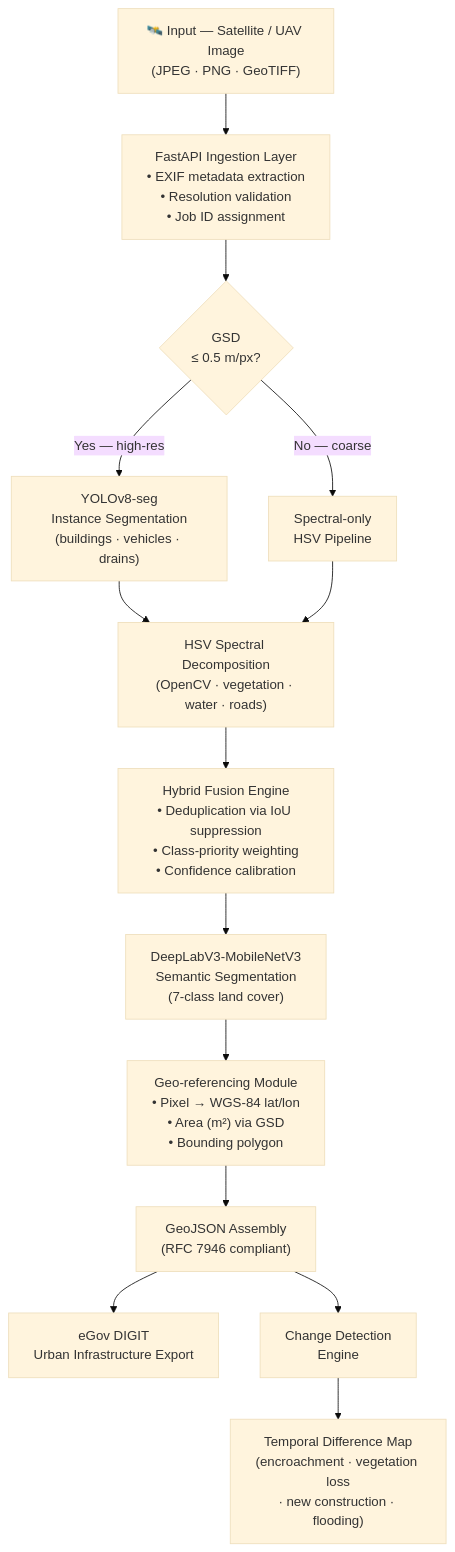
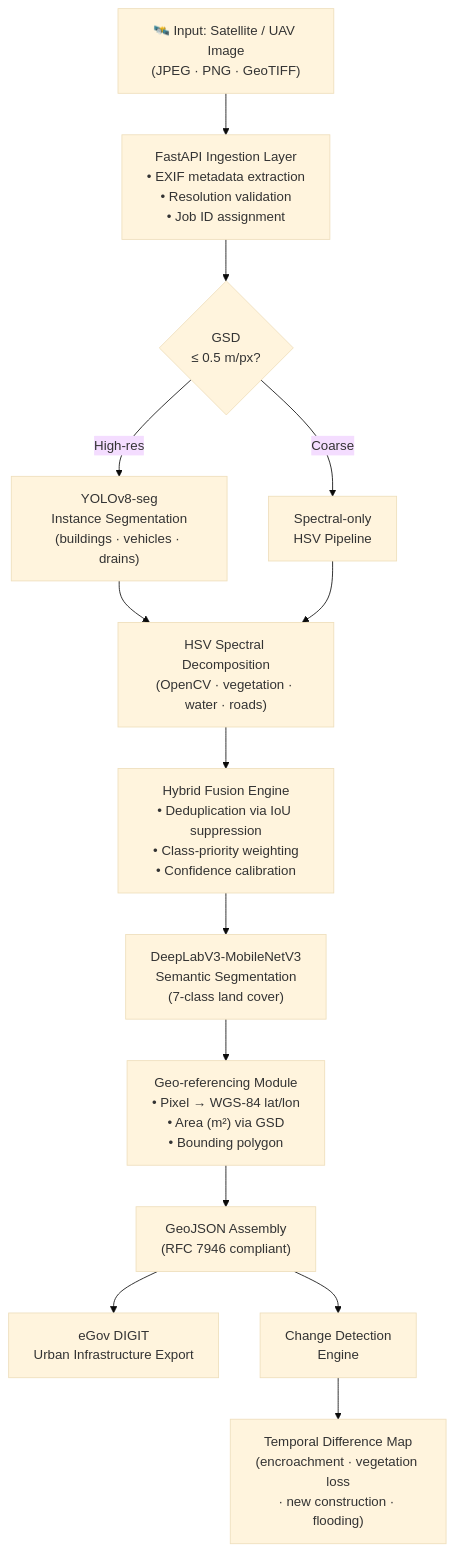
One commit to tejassinghbhati/AISAMS changed the first of 4 diagrams in README.md. Above: the diagram before and after it, drawn with Mermaid (base theme). The commit also changed other lines of this file, not shown here.

Commit message:
docs: rewrite README as scientific technical document with Mermaid diagrams

````diff
--- a/README.md
+++ b/README.md
@@ -40,25 +40,25 @@
 ```mermaid
 graph TB
-    A["🛰️ Input — Satellite / UAV Image\n(JPEG · PNG · GeoTIFF)"] --> B
+    A["🛰️ Input: Satellite / UAV Image\n(JPEG · PNG · GeoTIFF)"] --> B
 
     B["FastAPI Ingestion Layer\n• EXIF metadata extraction\n• Resolution validation\n• Job ID assignment"]
 
     B --> C{"GSD\n≤ 0.5 m/px?"}
-    C -->|Yes — high-res| D["YOLOv8-seg\nInstance Segmentation\n(buildings · vehicles · drains)"]
-    C -->|No — coarse| E["Spectral-only\nHSV Pipeline"]
+    C -->|High-res| D["YOLOv8-seg\nInstance Segmentation\n(buildings · vehicles · drains)"]
+    C -->|Coarse| E["Spectral-only\nHSV Pipeline"]
 
     D --> F["HSV Spectral Decomposition\n(OpenCV · vegetation · water · roads)"]
     E --> F
 
     F --> G["Hybrid Fusion Engine\n• Deduplication via IoU suppression\n• Class-priority weighting\n• Confidence calibration"]
 
     G --> H["DeepLabV3-MobileNetV3\nSemantic Segmentation\n(7-class land cover)"]
 
     H --> I["Geo-referencing Module\n• Pixel → WGS-84 lat/lon\n• Area (m²) via GSD\n• Bounding polygon"]
 
     I --> J["GeoJSON Assembly\n(RFC 7946 compliant)"]
 
     J --> K["eGov DIGIT\nUrban Infrastructure Export"]
     J --> L["Change Detection\nEngine"]
     L --> M["Temporal Difference Map\n(encroachment · vegetation loss\n· new construction · flooding)"]
 ```
````
